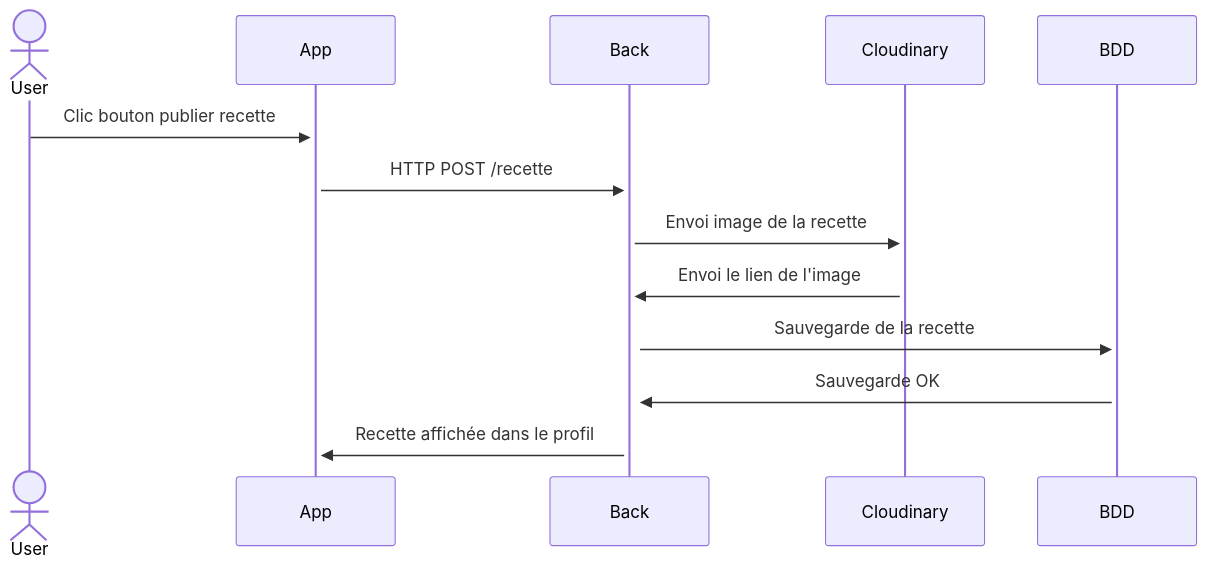
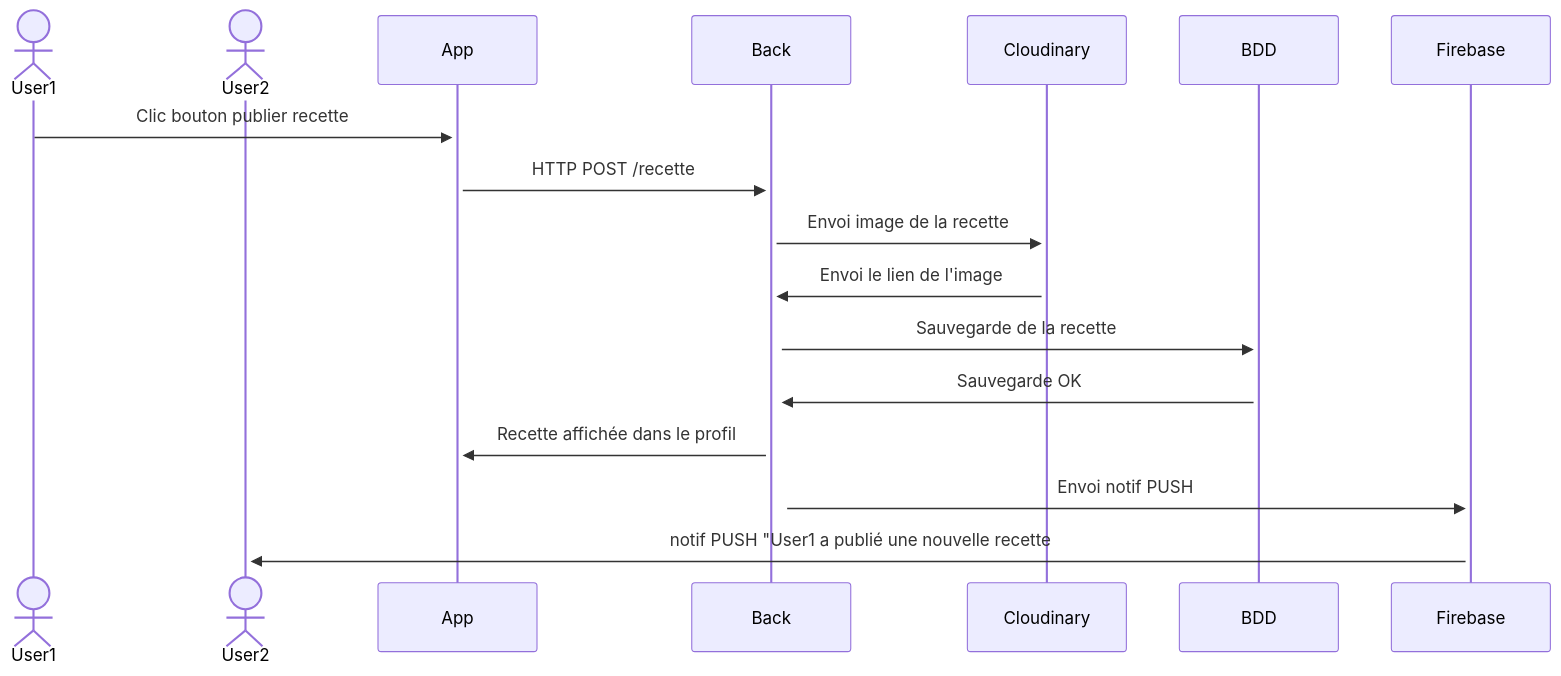
Before and after one commit to Kaylana1968/kook-ink: the third of 4 diagrams in DIAGRAMS.md, drawn with Mermaid. The commit also changed other lines of this file and 2 other files, not shown here.

Commit message:
rework: database models + some sequence diagrams

````diff
--- a/DIAGRAMS.md
+++ b/DIAGRAMS.md
@@ -44,12 +46,14 @@
 ```mermaid
 sequenceDiagram
-    actor User
-    User->>+App: Clic bouton publier recette
+    actor User1
+    actor User2
+    User1->>+App: Clic bouton publier recette
     App->>+Back: HTTP POST /recette
     Back->>+Cloudinary: Envoi image de la recette
     Cloudinary->>+Back: Envoi le lien de l'image
     Back->>+BDD: Sauvegarde de la recette
     BDD->>+Back: Sauvegarde OK
     Back->>+App: Recette affichée dans le profil
-
+    Back->>+Firebase: Envoi notif PUSH
+    Firebase->>+User2: notif PUSH "User1 a publié une nouvelle recette 
 ```
````
